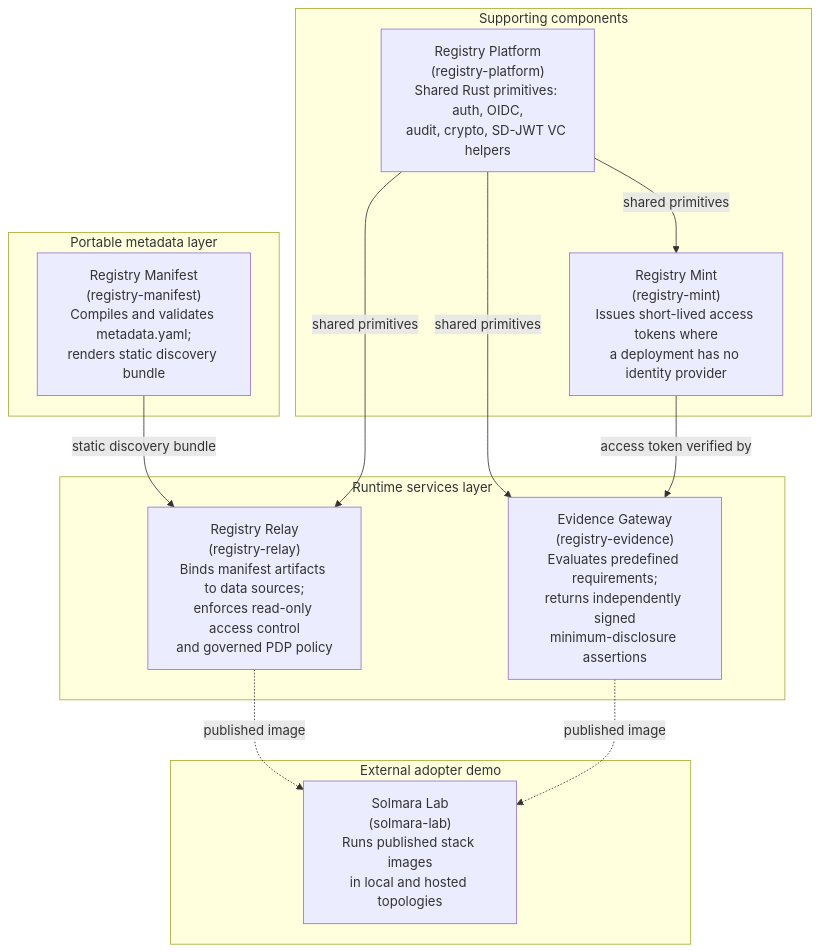
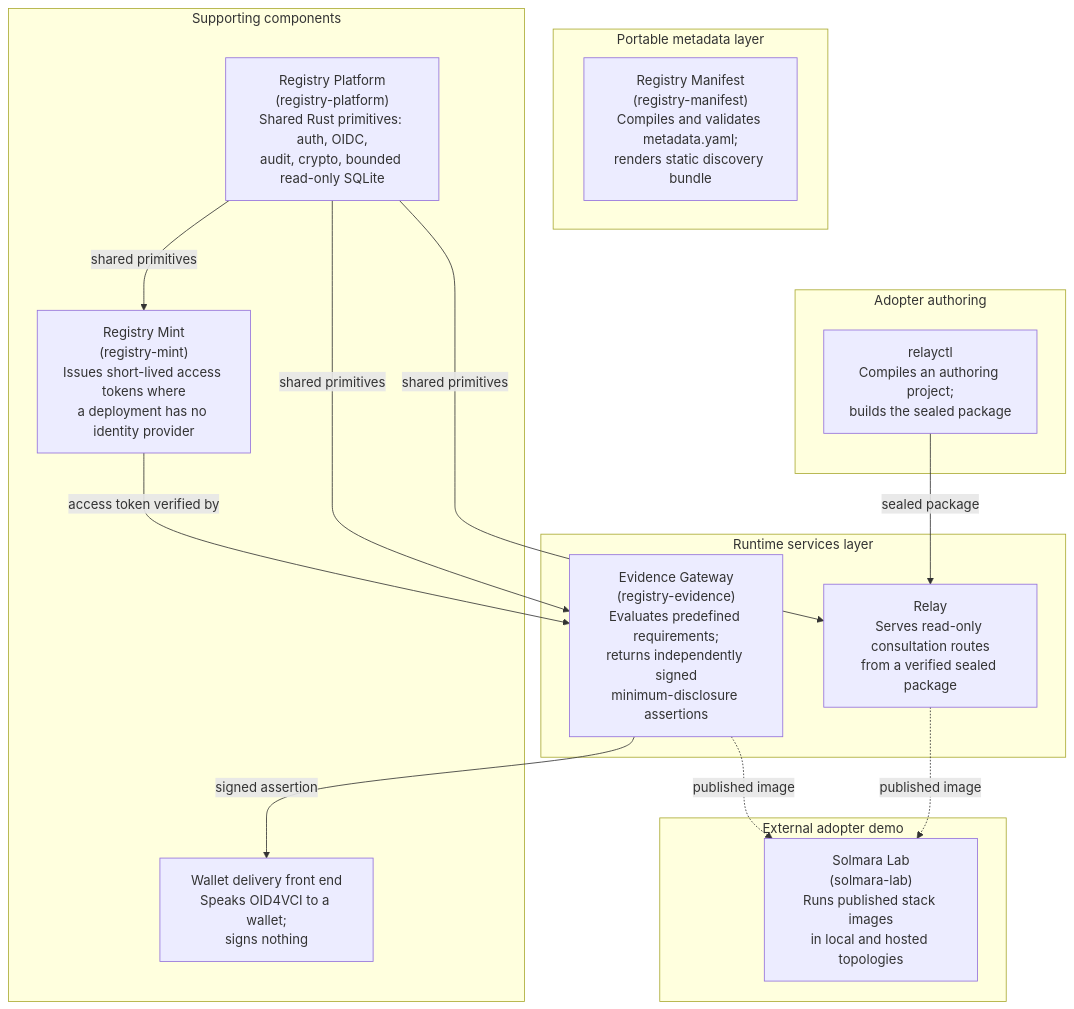
One commit to registrystack/registry-stack changed the diagram in docs/site/src/content/docs/spec/rs-arc-g.mdx. Above: the diagram before and after it, drawn with Mermaid. The commit also changed other lines of this file and 185 other files, not shown here.

````diff
--- a/docs/site/src/content/docs/spec/rs-arc-g.mdx
+++ b/docs/site/src/content/docs/spec/rs-arc-g.mdx
@@ -89,28 +91,34 @@
 ```mermaid
 flowchart TD
     subgraph portable["Portable metadata layer"]
         manifest["Registry Manifest<br/>(registry-manifest)<br/>Compiles and validates metadata.yaml;<br/>renders static discovery bundle"]
     end
 
+    subgraph authoring["Adopter authoring"]
+        relayctl["relayctl<br/>Compiles an authoring project;<br/>builds the sealed package"]
+    end
+
     subgraph runtime["Runtime services layer"]
-        relay["Registry Relay<br/>(registry-relay)<br/>Binds manifest artifacts to data sources;<br/>enforces read-only access control<br/>and governed PDP policy"]
+        relay["Relay<br/>Serves read-only consultation routes<br/>from a verified sealed package"]
         evidence["Evidence Gateway<br/>(registry-evidence)<br/>Evaluates predefined requirements;<br/>returns independently signed<br/>minimum-disclosure assertions"]
     end
 
     subgraph support["Supporting components"]
-        platform["Registry Platform<br/>(registry-platform)<br/>Shared Rust primitives: auth, OIDC,<br/>audit, crypto, SD-JWT VC helpers"]
+        platform["Registry Platform<br/>(registry-platform)<br/>Shared Rust primitives: auth, OIDC,<br/>audit, crypto, bounded read-only SQLite"]
         mint["Registry Mint<br/>(registry-mint)<br/>Issues short-lived access tokens where<br/>a deployment has no identity provider"]
+        oid4vci["Wallet delivery front end<br/>Speaks OID4VCI to a wallet;<br/>signs nothing"]
     end
 
     subgraph adopter["External adopter demo"]
         solmara["Solmara Lab<br/>(solmara-lab)<br/>Runs published stack images<br/>in local and hosted topologies"]
     end
 
-    manifest -- "static discovery bundle" --> relay
+    relayctl -- "sealed package" --> relay
     platform -- "shared primitives" --> relay
     platform -- "shared primitives" --> evidence
     platform -- "shared primitives" --> mint
     mint -- "access token verified by" --> evidence
+    evidence -- "signed assertion" --> oid4vci
     relay -. "published image" .-> solmara
     evidence -. "published image" .-> solmara
 ```
````
